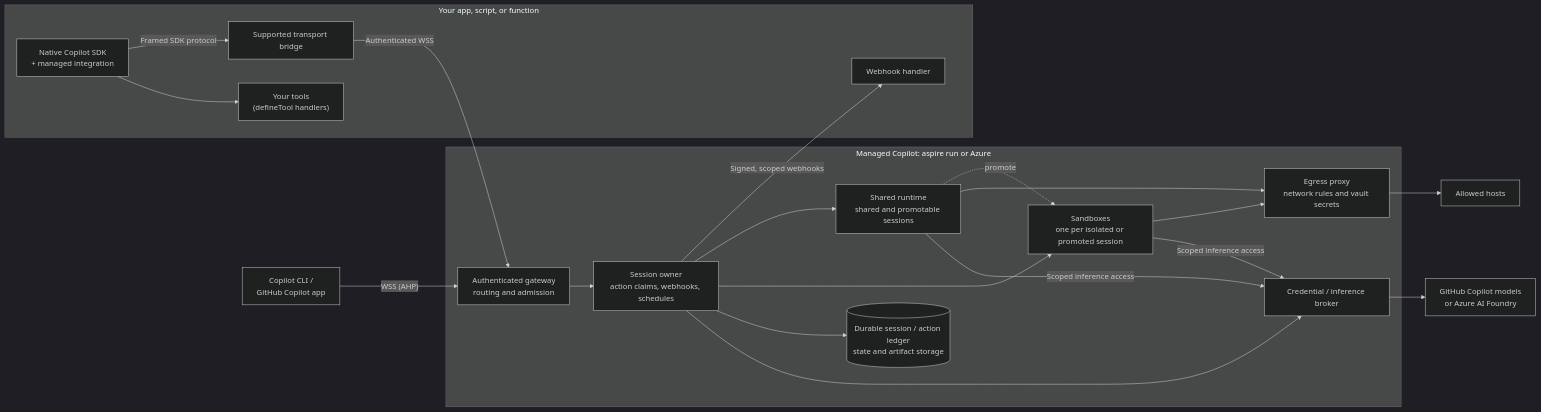
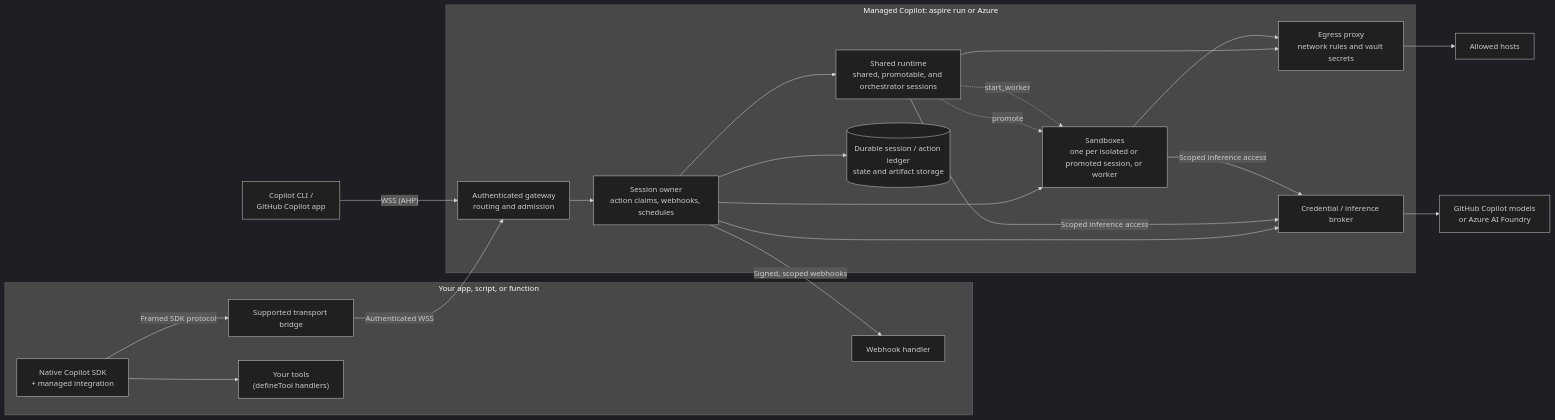
The diagram in docs/spec/developer-experience.md (patniko/managed-copilot-sdk), drawn with Mermaid (dark theme) before and after one commit. The commit also changed other lines of this file and 10 other files, not shown here.

First line of the commit message:
orchestrator: spec section 17, architecture, quickstart snippet 14, and the AppHost's team environment

````diff
--- a/docs/spec/developer-experience.md
+++ b/docs/spec/developer-experience.md
@@ -981,38 +1069,39 @@
 ```mermaid
 flowchart LR
   subgraph App["Your app, script, or function"]
     SDK["Native Copilot SDK<br/>+ managed integration"]
     Bridge["Supported transport bridge"]
     Tools["Your tools<br/>(defineTool handlers)"]
     Hook["Webhook handler"]
   end
   CLI["Copilot CLI /<br/>GitHub Copilot app"]
   subgraph Platform["Managed Copilot: aspire run or Azure"]
     GW["Authenticated gateway<br/>routing and admission"]
     Owner["Session owner<br/>action claims, webhooks, schedules"]
     Identity["Credential / inference broker"]
-    Shared["Shared runtime<br/>shared and promotable sessions"]
-    Sbx["Sandboxes<br/>one per isolated or promoted session"]
+    Shared["Shared runtime<br/>shared, promotable, and orchestrator sessions"]
+    Sbx["Sandboxes<br/>one per isolated or promoted session, or worker"]
     Egress["Egress proxy<br/>network rules and vault secrets"]
     Store[("Durable session / action ledger<br/>state and artifact storage")]
   end
   Models["GitHub Copilot models<br/>or Azure AI Foundry"]
   Web["Allowed hosts"]
   SDK -- "Framed SDK protocol" --> Bridge
   Bridge -- "Authenticated WSS" --> GW
   SDK --> Tools
   CLI -- "WSS (AHP)" --> GW
   GW --> Owner
   Owner -- "Signed, scoped webhooks" --> Hook
   Owner --> Shared
   Owner --> Sbx
   Owner --> Store
   Owner --> Identity
   Shared -. "promote" .-> Sbx
+  Shared -. "start_worker" .-> Sbx
   Shared --> Egress
   Sbx --> Egress
   Egress --> Web
   Shared -- "Scoped inference access" --> Identity
   Sbx -- "Scoped inference access" --> Identity
   Identity --> Models
 ```
````
